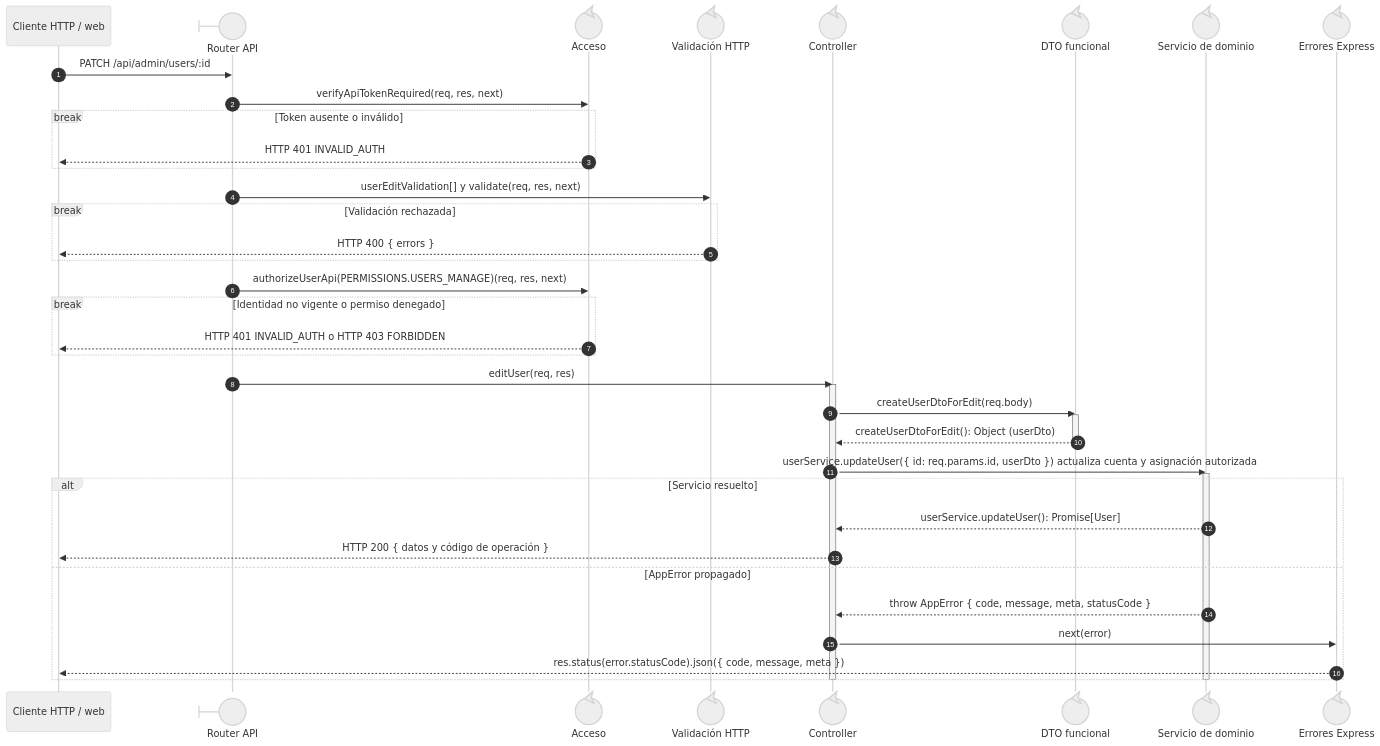
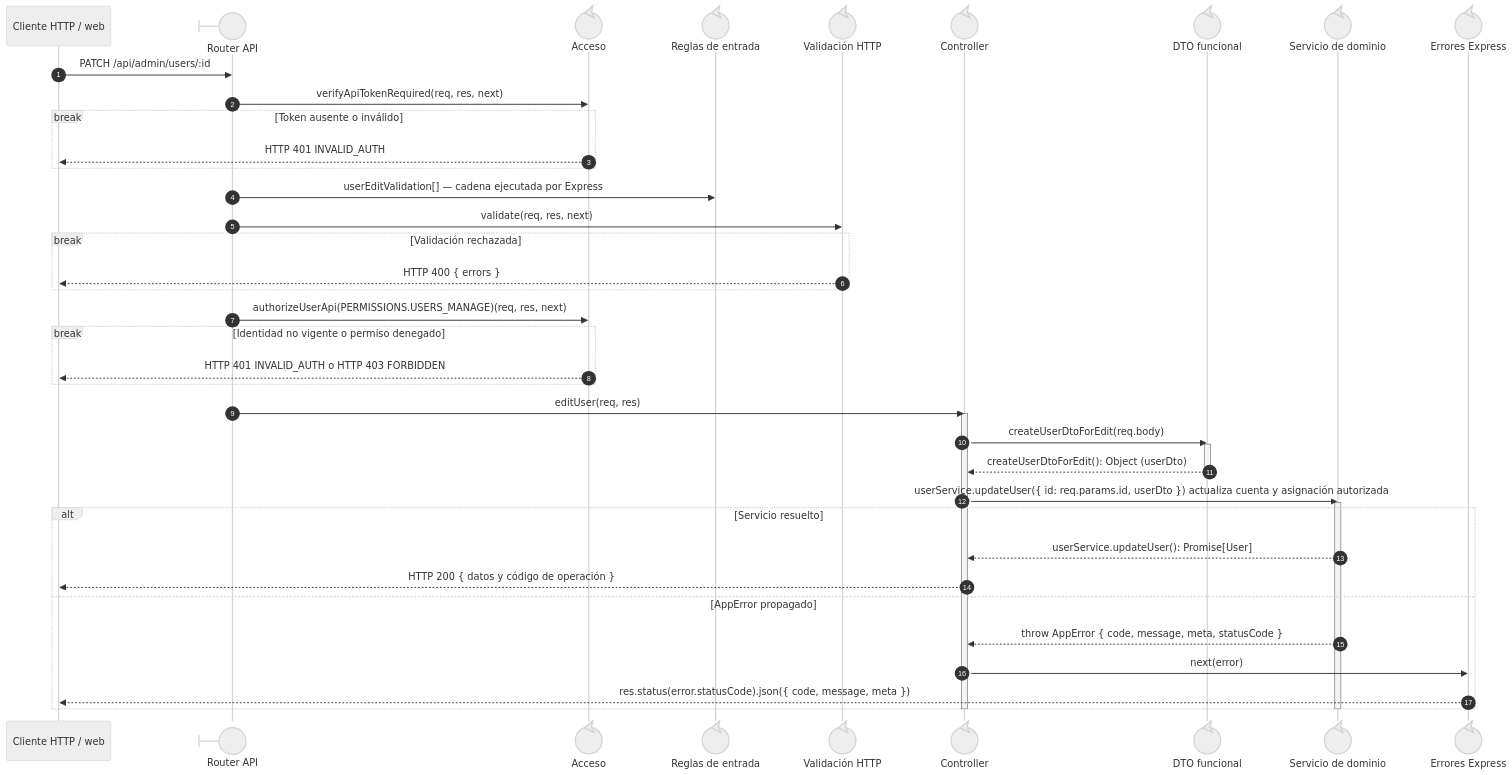
Before and after one commit to gpgsistemas01/nexus: the diagram in docs/architecture/views/processes/backend-code-sequences/identity-access/cu-ida-07.md, drawn with Mermaid (neutral theme). The commit also changed other lines of this file and 191 other files, not shown here.

Commit message:
docs: trace sequence lifelines to distinct implementation files

````diff
--- a/docs/architecture/views/processes/backend-code-sequences/identity-access/cu-ida-07.md
+++ b/docs/architecture/views/processes/backend-code-sequences/identity-access/cu-ida-07.md
@@ -25,44 +26,46 @@
 ```mermaid
 sequenceDiagram
     autonumber
     participant Client as Cliente HTTP / web
     participant Route@{ "type": "boundary" } as Router API
     participant Auth@{ "type": "control" } as Acceso
+    participant ValidationRules@{ "type": "control" } as Reglas de entrada
     participant Validator@{ "type": "control" } as Validación HTTP
     participant Controller@{ "type": "control" } as Controller
     participant UserDto@{ "type": "control" } as DTO funcional
     participant Domain@{ "type": "control" } as Servicio de dominio
     participant ErrorHandler@{ "type": "control" } as Errores Express
 
     Client->>Route: PATCH /api/admin/users/:id
     Route->>Auth: verifyApiTokenRequired(req, res, next)
     break Token ausente o inválido
         Auth-->>Client: HTTP 401 INVALID_AUTH
     end
-    Route->>Validator: userEditValidation[] y validate(req, res, next)
+    Route->>ValidationRules: userEditValidation[] — cadena ejecutada por Express
+    Route->>Validator: validate(req, res, next)
     break Validación rechazada
         Validator-->>Client: HTTP 400 { errors }
     end
     Route->>Auth: authorizeUserApi(PERMISSIONS.USERS_MANAGE)(req, res, next)
     break Identidad no vigente o permiso denegado
         Auth-->>Client: HTTP 401 INVALID_AUTH o HTTP 403 FORBIDDEN
     end
     Route->>Controller: editUser(req, res)
     activate Controller
     Controller->>UserDto: createUserDtoForEdit(req.body)
     activate UserDto
     UserDto-->>Controller: createUserDtoForEdit(): Object (userDto)
     deactivate UserDto
     Controller->>Domain: userService.updateUser({ id: req.params.id, userDto }) actualiza cuenta y asignación autorizada
     activate Domain
     alt Servicio resuelto
         Domain-->>Controller: userService.updateUser(): Promise[User]
         Controller-->>Client: HTTP 200 { datos y código de operación }
     else AppError propagado
         Domain-->>Controller: throw AppError { code, message, meta, statusCode }
         Controller->>ErrorHandler: next(error)
         ErrorHandler-->>Client: res.status(error.statusCode).json({ code, message, meta })
     end
     deactivate Domain
     deactivate Controller
 ```
````
